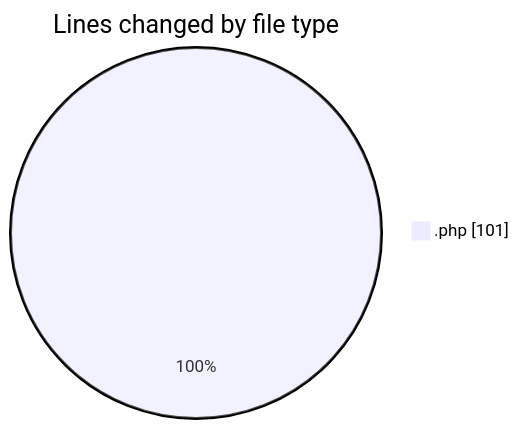
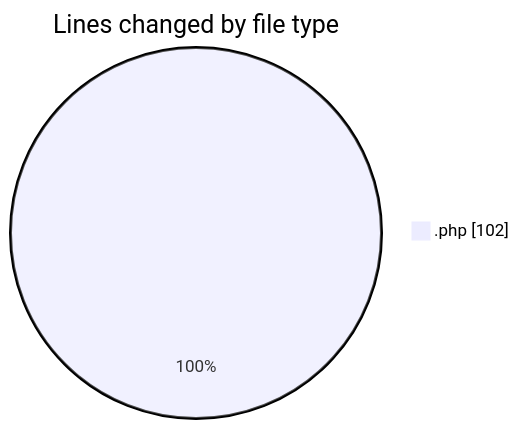
Before and after one commit to LanceThiago/code-tracking: the first of 2 diagrams in 2025-04-23/oficina/README.md, drawn with Mermaid. The commit also changed other lines of this file and 1 other file, not shown here.

````diff
--- a/2025-04-23/oficina/README.md
+++ b/2025-04-23/oficina/README.md
@@ -20,5 +20,5 @@
 ```mermaid
 pie showData
 title Lines changed by file type
-".php" : 101
+".php" : 102
 ```
````
